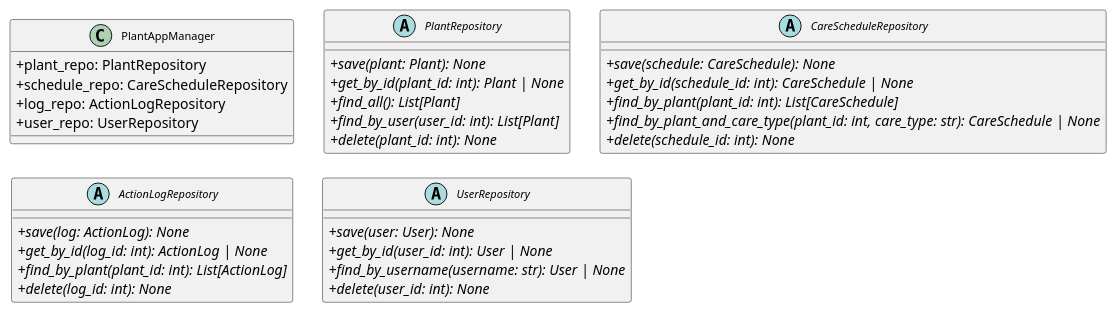
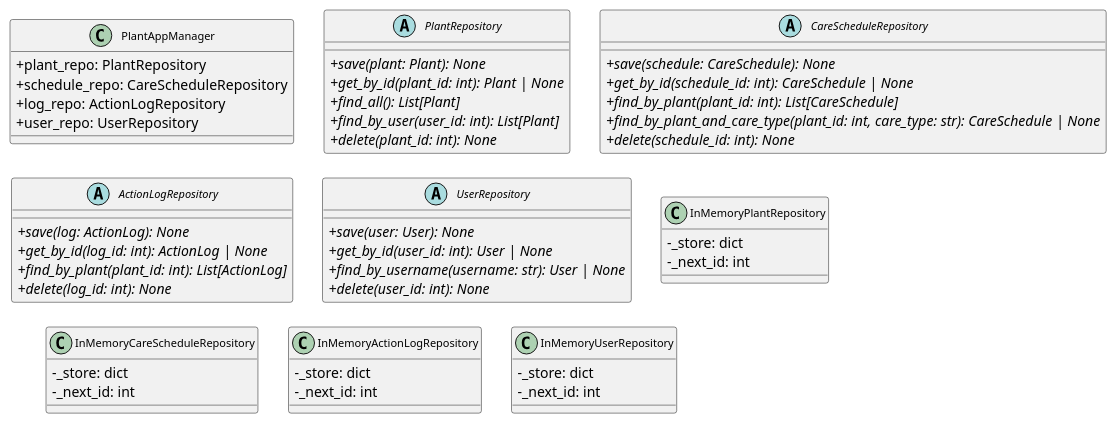
The diagram in diagrams/us4_repository_pattern.puml (Annika-Ostendorp/pflanzenkalender-teil-2), drawn with PlantUML before and after one commit.

Commit message:
Add InMemory repository classes for Plant, CareSchedule, ActionLog and User

```diff
--- a/diagrams/us4_repository_pattern.puml
+++ b/diagrams/us4_repository_pattern.puml
@@ -1,48 +1,72 @@
 @startuml repository-pattern
 skinparam classAttributeIconSize 0
 skinparam classFontSize 11
 skinparam nodesep 30
 skinparam ranksep 25
 top to bottom direction
 
 
 class PlantAppManager {
   +plant_repo: PlantRepository
   +schedule_repo: CareScheduleRepository
   +log_repo: ActionLogRepository
   +user_repo: UserRepository
 }
 
 
 abstract class PlantRepository {
   {abstract} +save(plant: Plant): None
   {abstract} +get_by_id(plant_id: int): Plant | None
   {abstract} +find_all(): List[Plant]
   {abstract} +find_by_user(user_id: int): List[Plant]
   {abstract} +delete(plant_id: int): None
 }
 
 
 abstract class CareScheduleRepository {
   {abstract} +save(schedule: CareSchedule): None
   {abstract} +get_by_id(schedule_id: int): CareSchedule | None
   {abstract} +find_by_plant(plant_id: int): List[CareSchedule]
   {abstract} +find_by_plant_and_care_type(plant_id: int, care_type: str): CareSchedule | None
   {abstract} +delete(schedule_id: int): None
 }
 
 
 abstract class ActionLogRepository {
   {abstract} +save(log: ActionLog): None
   {abstract} +get_by_id(log_id: int): ActionLog | None
   {abstract} +find_by_plant(plant_id: int): List[ActionLog]
   {abstract} +delete(log_id: int): None
 }
 
 abstract class UserRepository {
   {abstract} +save(user: User): None
   {abstract} +get_by_id(user_id: int): User | None
   {abstract} +find_by_username(username: str): User | None
   {abstract} +delete(user_id: int): None
 }
+
+class InMemoryPlantRepository {
+  -_store: dict
+  -_next_id: int
+}
+
+
+class InMemoryCareScheduleRepository {
+  -_store: dict
+  -_next_id: int
+}
+
+
+class InMemoryActionLogRepository {
+  -_store: dict
+  -_next_id: int
+}
+
+class InMemoryUserRepository {
+  -_store: dict
+  -_next_id: int
+}
+
+
 @enduml
```
